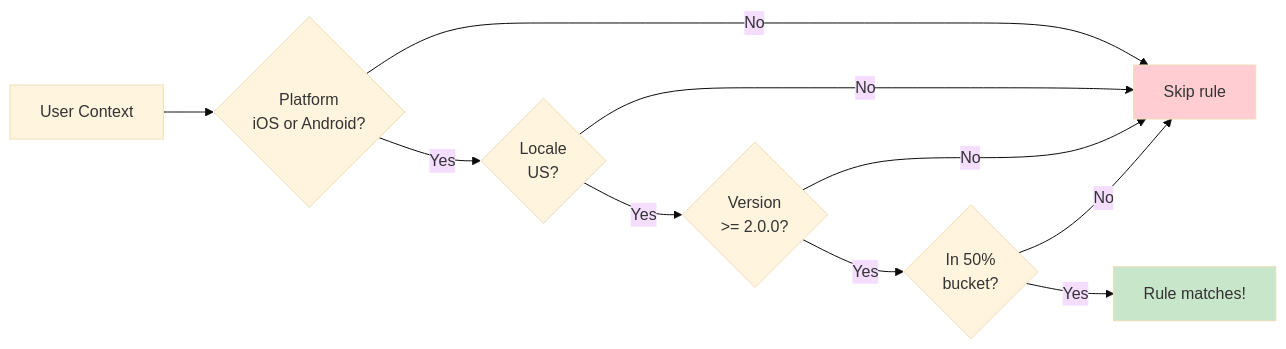
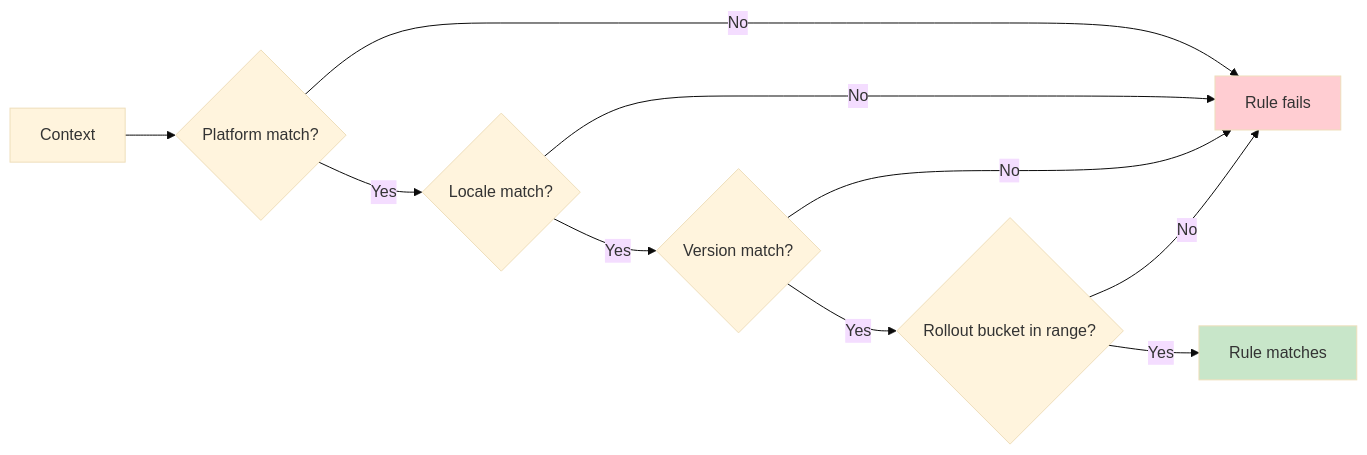
Before and after one commit to amichne/konditional: the first of 3 diagrams in docs/04-targeting-rollouts.md, drawn with Mermaid (base theme). The commit also changed other lines of this file and 23 other files, not shown here.

````diff
--- a/docs/04-targeting-rollouts.md
+++ b/docs/04-targeting-rollouts.md
@@ -83,15 +99,14 @@
 ```mermaid
 flowchart LR
-    Context[User Context] --> Platform{Platform<br/>iOS or Android?}
-    Platform -->|No| Skip[Skip rule]
-    Platform -->|Yes| Locale{Locale<br/>US?}
-    Locale -->|No| Skip
-    Locale -->|Yes| Version{Version<br/> >= 2.0.0?}
-    Version -->|No| Skip
-    Version -->|Yes| Rollout{In 50%<br/>bucket?}
-    Rollout -->|No| Skip
-    Rollout -->|Yes| Match[Rule matches!]
-
-    style Match fill:#c8e6c9
-    style Skip fill:#ffcdd2
+  Ctx["Context"] --> P{Platform match?}
+  P -->|No| Skip["Rule fails"]
+  P -->|Yes| L{Locale match?}
+  L -->|No| Skip
+  L -->|Yes| V{Version match?}
+  V -->|No| Skip
+  V -->|Yes| R{Rollout bucket in range?}
+  R -->|No| Skip
+  R -->|Yes| Win["Rule matches"]
+  style Win fill:#c8e6c9
+  style Skip fill:#ffcdd2
 ```
````
